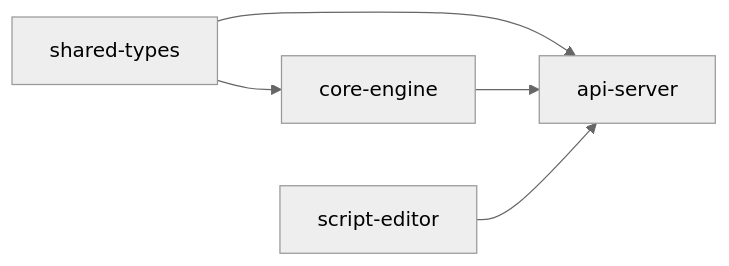
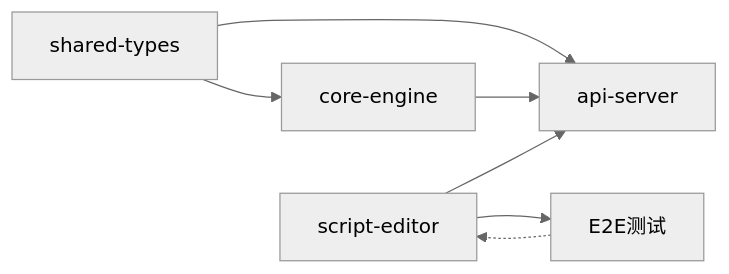
Before and after one commit to EverettCamus/HeartRule-Qoder: diagram 11 of 11 in .qoder/repowiki/zh/content/开发指南/开发指南.md, drawn with Mermaid (neutral theme). The commit also changed other lines of this file and 40 other files, not shown here.

````diff
--- a/.qoder/repowiki/zh/content/开发指南/开发指南.md
+++ b/.qoder/repowiki/zh/content/开发指南/开发指南.md
@@ -279,7 +426,9 @@
 ```mermaid
 graph LR
 ST["shared-types"] --> CE["core-engine"]
 ST --> API["api-server"]
 CE --> API
 EDITOR["script-editor"] --> API
+EDITOR --> E2E["E2E测试"]
+E2E -.-> EDITOR
 ```
````
